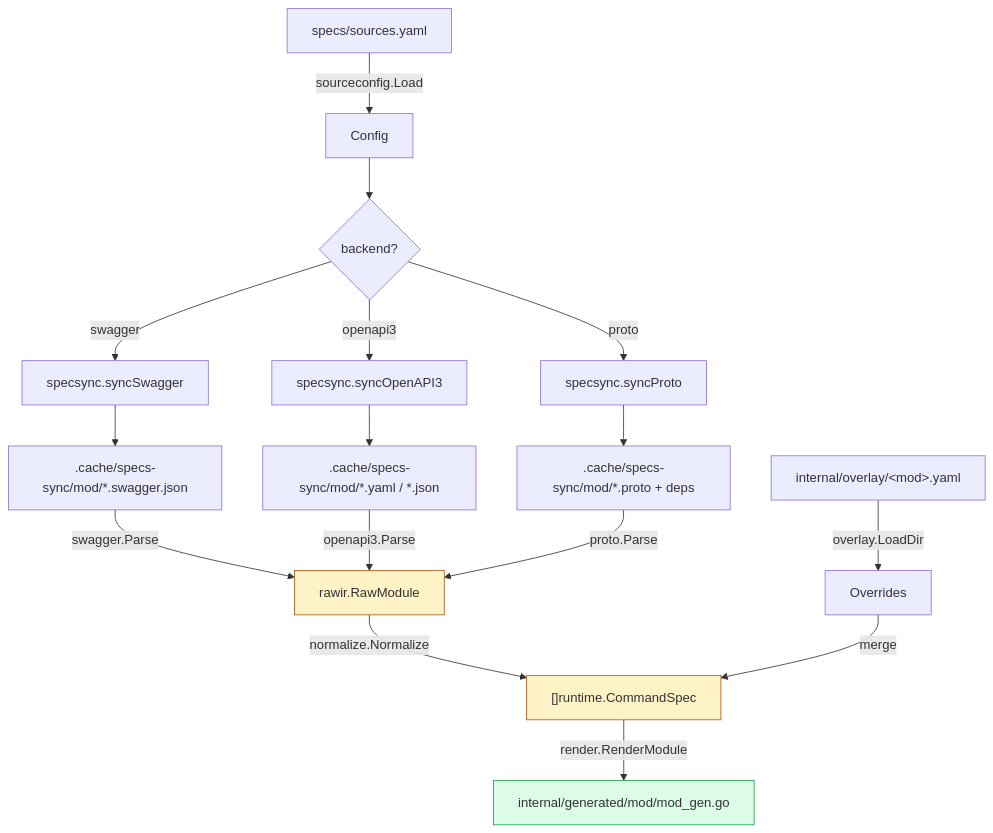
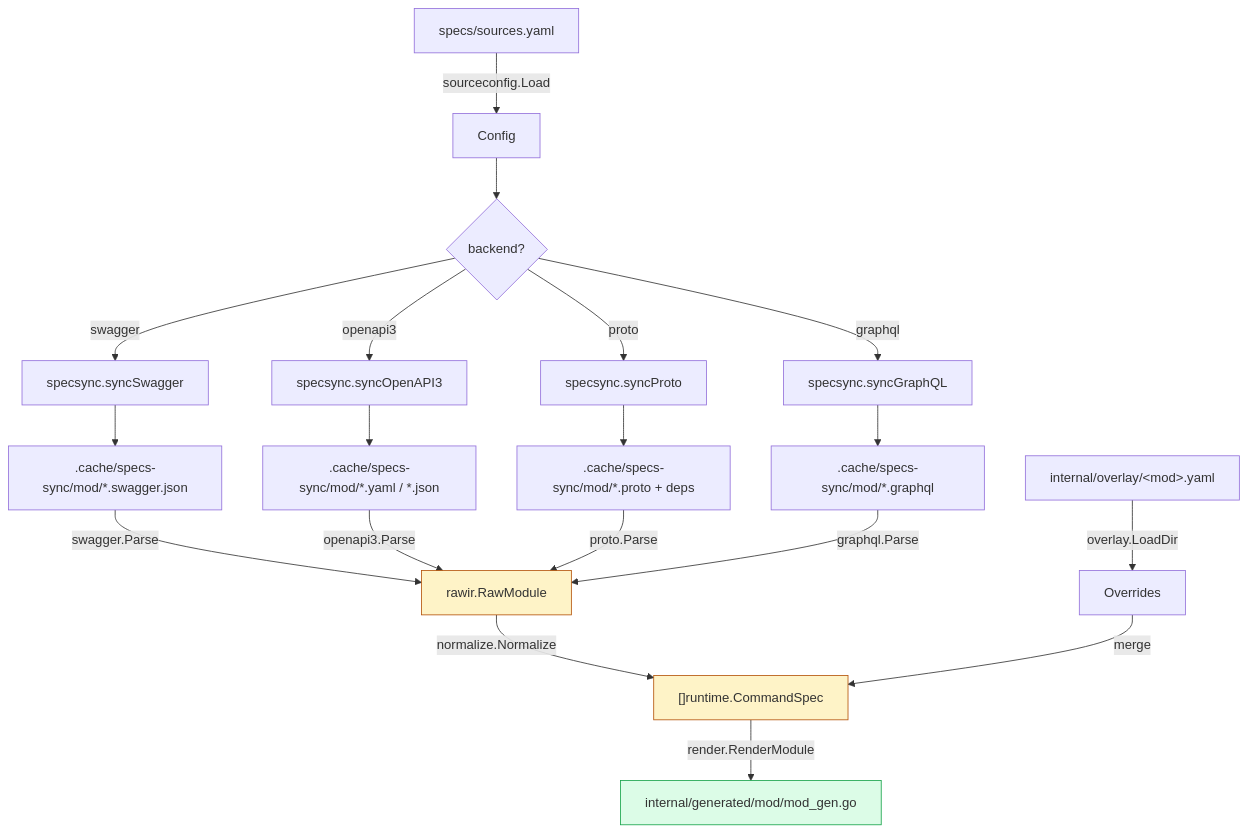
One commit to lathe-cli/lathe changed the second of 5 diagrams in docs/architecture.md. Above: the diagram before and after it, drawn with Mermaid. The commit also changed other lines of this file and 12 other files, not shown here.

Commit message:
feat(graphql): add example CLI path

````diff
--- a/docs/architecture.md
+++ b/docs/architecture.md
@@ -40,27 +40,30 @@
 ```mermaid
 flowchart TD
     A[specs/sources.yaml] -->|sourceconfig.Load| B[Config]
     B --> C{backend?}
 
     C -->|swagger| D1[specsync.syncSwagger]
     C -->|openapi3| D3[specsync.syncOpenAPI3]
     C -->|proto| D2[specsync.syncProto]
+    C -->|graphql| D4[specsync.syncGraphQL]
 
     D1 --> E1[.cache/specs-sync/mod/*.swagger.json]
     D3 --> E3[.cache/specs-sync/mod/*.yaml / *.json]
     D2 --> E2[.cache/specs-sync/mod/*.proto + deps]
+    D4 --> E4[.cache/specs-sync/mod/*.graphql]
 
     E1 -->|swagger.Parse| F[rawir.RawModule]
     E3 -->|openapi3.Parse| F
     E2 -->|proto.Parse| F
+    E4 -->|graphql.Parse| F
 
     F -->|normalize.Normalize| G["[]runtime.CommandSpec"]
     H[internal/overlay/&lt;mod&gt;.yaml] -->|overlay.LoadDir| I[Overrides]
     I -->|merge| G
 
     G -->|render.RenderModule| J[internal/generated/mod/mod_gen.go]
 
     style F fill:#fef3c7,stroke:#b45309
     style G fill:#fef3c7,stroke:#b45309
     style J fill:#dcfce7,stroke:#16a34a
 ```
````
